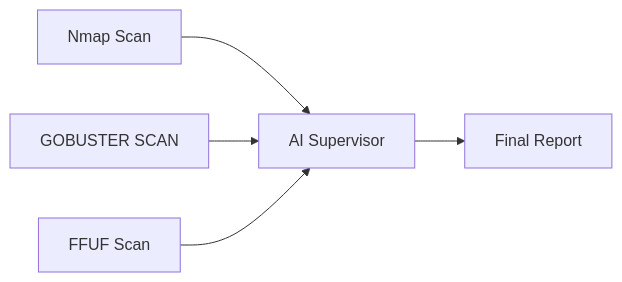
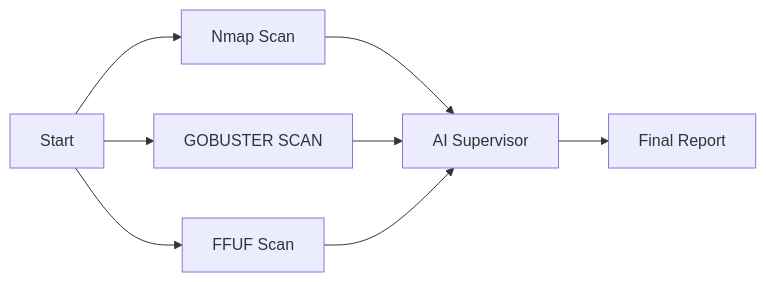
One commit to NitinReddy-A/HackOps_Recon changed the diagram in README.md. Above: the diagram before and after it, drawn with Mermaid.

````diff
--- a/README.md
+++ b/README.md
@@ -100,7 +100,10 @@
 ```mermaid
 graph LR
+    Start --> A
+    Start --> B
+    Start --> C
     A[Nmap Scan] --> D[AI Supervisor]
     B[GOBUSTER SCAN] --> D
     C[FFUF Scan] --> D
     D --> E[Final Report]
 ```
````
